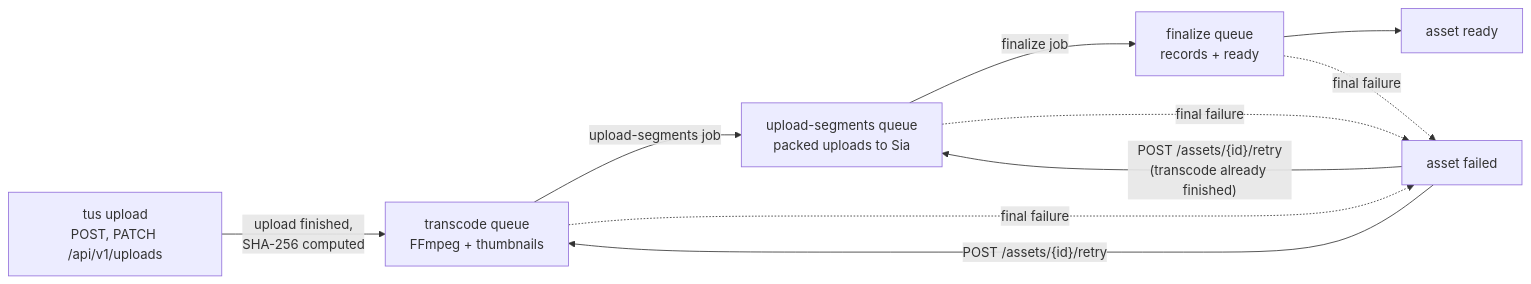
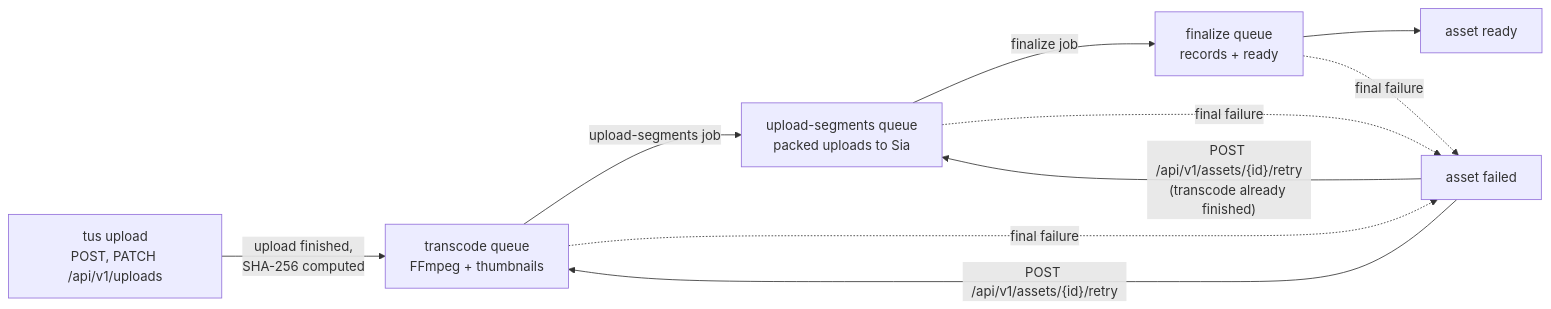
Before and after one commit to justmert/Sluby: the diagram in docs/content/docs/developers/concepts/upload-pipeline.mdx, drawn with Mermaid. The commit also changed other lines of this file and 14 other files, not shown here.

````diff
--- a/docs/content/docs/developers/concepts/upload-pipeline.mdx
+++ b/docs/content/docs/developers/concepts/upload-pipeline.mdx
@@ -12,12 +12,12 @@
 ```mermaid
 flowchart LR
   A["tus upload<br/>POST, PATCH /api/v1/uploads"] -->|"upload finished,<br/>SHA-256 computed"| B["transcode queue<br/>FFmpeg + thumbnails"]
   B -->|"upload-segments job"| C["upload-segments queue<br/>packed uploads to Sia"]
   C -->|"finalize job"| D["finalize queue<br/>records + ready"]
   D --> E["asset ready"]
   B -. "final failure" .-> F["asset failed"]
   C -. "final failure" .-> F
   D -. "final failure" .-> F
-  F -->|"POST /assets/{id}/retry"| B
-  F -->|"POST /assets/{id}/retry<br/>(transcode already finished)"| C
+  F -->|"POST /api/v1/assets/{id}/retry"| B
+  F -->|"POST /api/v1/assets/{id}/retry<br/>(transcode already finished)"| C
 ```
````
